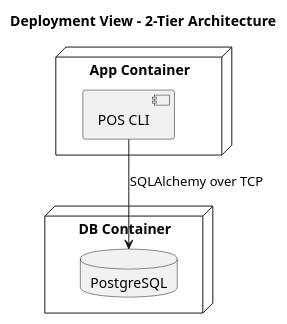
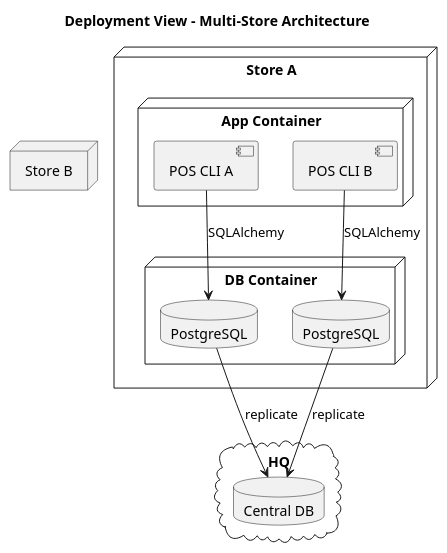
One commit to Sersium/log430lab123 changed the diagram in docs/UML/deployment_view.puml. Above: the diagram before and after it, drawn with PlantUML. The commit also changed 4 other files, not shown here.

Commit message:
Add multi-store UML diagrams

```diff
--- a/docs/UML/deployment_view.puml
+++ b/docs/UML/deployment_view.puml
@@ -1,13 +1,30 @@
 @startuml deployment_view
-title Deployment View - 2-Tier Architecture
+title Deployment View - Multi-Store Architecture
 
-node "App Container" as App {
-    component "POS CLI" as POS_CLI
+node "Store A" {
+    node "App Container" {
+        component "POS CLI A" as POS_A
+    }
+    node "DB Container" {
+        database "PostgreSQL" as DB_A
+    }
+    POS_A --> DB_A : SQLAlchemy
 }
 
-node "DB Container" as DB {
-    database "PostgreSQL" as POSTGRES_DB
+node "Store B" {
+    node "App Container" {
+        component "POS CLI B" as POS_B
+    }
+    node "DB Container" {
+        database "PostgreSQL" as DB_B
+    }
+    POS_B --> DB_B : SQLAlchemy
 }
 
-POS_CLI --> POSTGRES_DB : SQLAlchemy over TCP
+cloud "HQ" {
+    database "Central DB" as HQ_DB
+}
+
+DB_A --> HQ_DB : replicate
+DB_B --> HQ_DB : replicate
 @enduml
```
